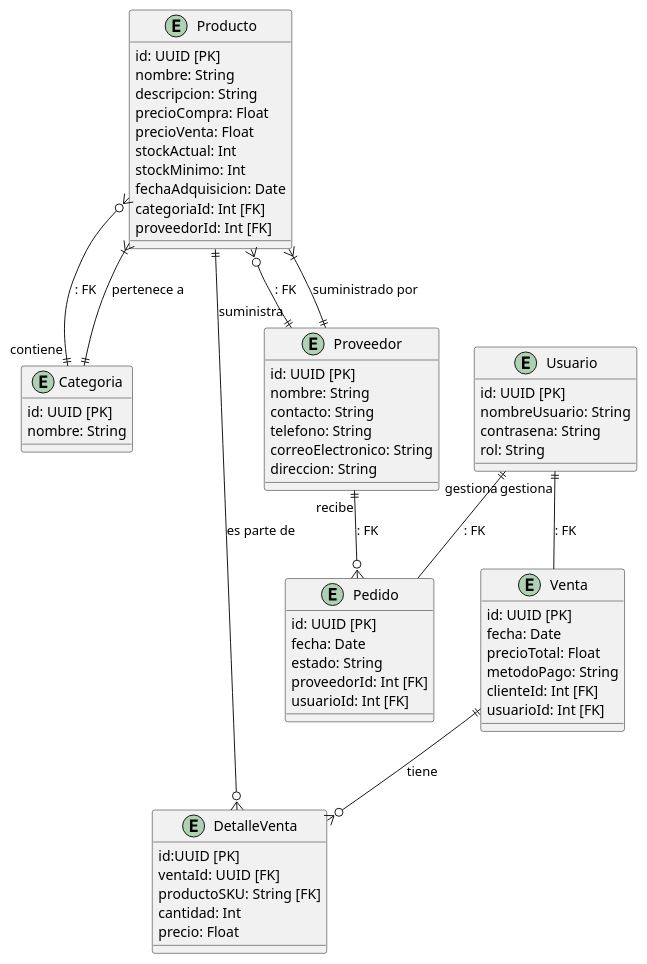
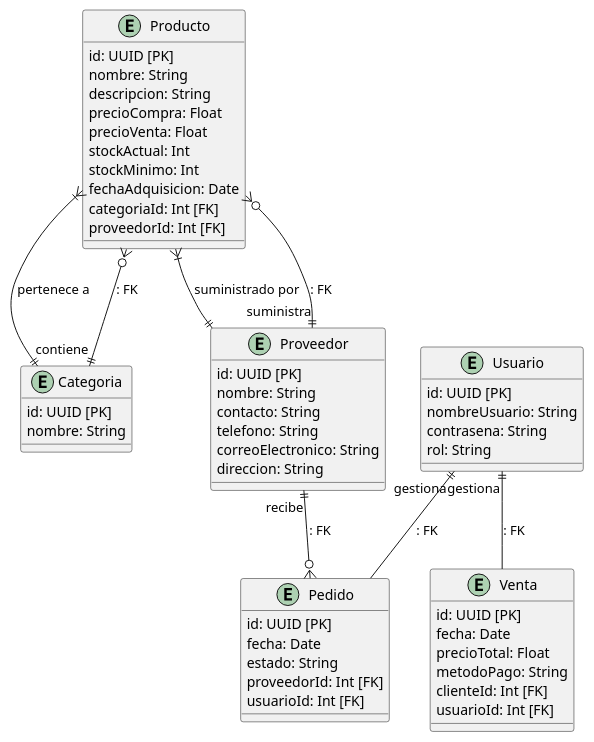
One commit to Yocmarjigon/InventApp changed the diagram in src/main/resources/EntidadRelación.puml. Above: the diagram before and after it, drawn with PlantUML. The commit also changed 6 other files, not shown here.

```diff
--- a/src/main/resources/EntidadRelación.puml
+++ b/src/main/resources/EntidadRelación.puml
@@ -1,77 +1,66 @@
 @startuml
 
 ' Define entities and attributes with primary keys (PK) and foreign keys (FK)
 entity Producto {
   id: UUID [PK]
   nombre: String
   descripcion: String
   precioCompra: Float
   precioVenta: Float
   stockActual: Int
   stockMinimo: Int
   fechaAdquisicion: Date
   categoriaId: Int [FK]
   proveedorId: Int [FK]
 }
 
 entity Categoria {
   id: UUID [PK]
   nombre: String
 }
 
 entity Proveedor {
   id: UUID [PK]
   nombre: String
   contacto: String
   telefono: String
   correoElectronico: String
   direccion: String
 }
 
 
 
 entity Venta {
   id: UUID [PK]
   fecha: Date
   precioTotal: Float
   metodoPago: String
   clienteId: Int [FK]
   usuarioId: Int [FK]
 }
 
 entity Pedido {
   id: UUID [PK]
   fecha: Date
   estado: String
   proveedorId: Int [FK]
   usuarioId: Int [FK]
 }
 
-entity DetalleVenta {
-  id:UUID [PK]
-  ventaId: UUID [FK]
-  productoSKU: String [FK]
-  cantidad: Int
-  precio: Float
-}
-
-
 entity Usuario {
   id: UUID [PK]
   nombreUsuario: String
   contrasena: String
   rol: String
 }
 
 ' Define relationships with foreign keys
 Producto }|--|| Categoria : "pertenece a"
 Categoria ||--o{ Producto : "contiene" : FK
 Producto }|--|| Proveedor : "suministrado por"
 Proveedor ||--o{ Producto : "suministra" : FK
-Venta ||--o{ DetalleVenta : "tiene"
-Producto ||--o{ DetalleVenta : "es parte de"
 Proveedor ||--o{ Pedido : "recibe" : FK
 Usuario ||-- Venta : "gestiona" : FK
 Usuario ||-- Pedido : "gestiona" : FK
 
 @enduml
```
